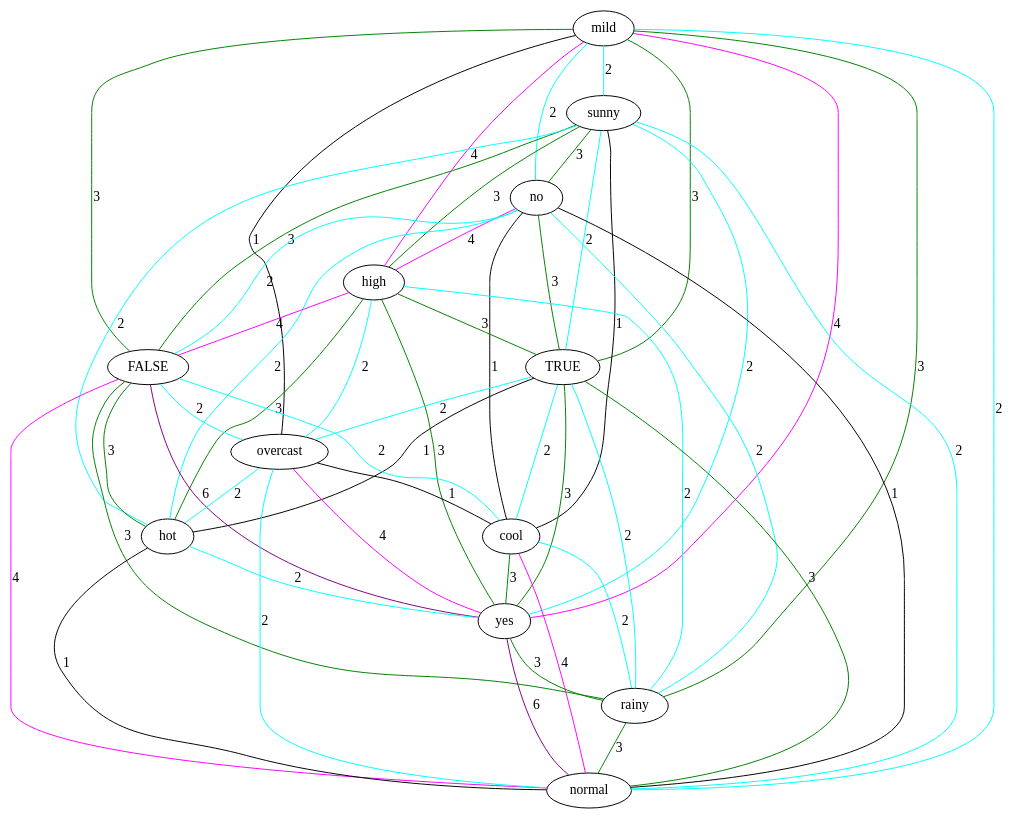
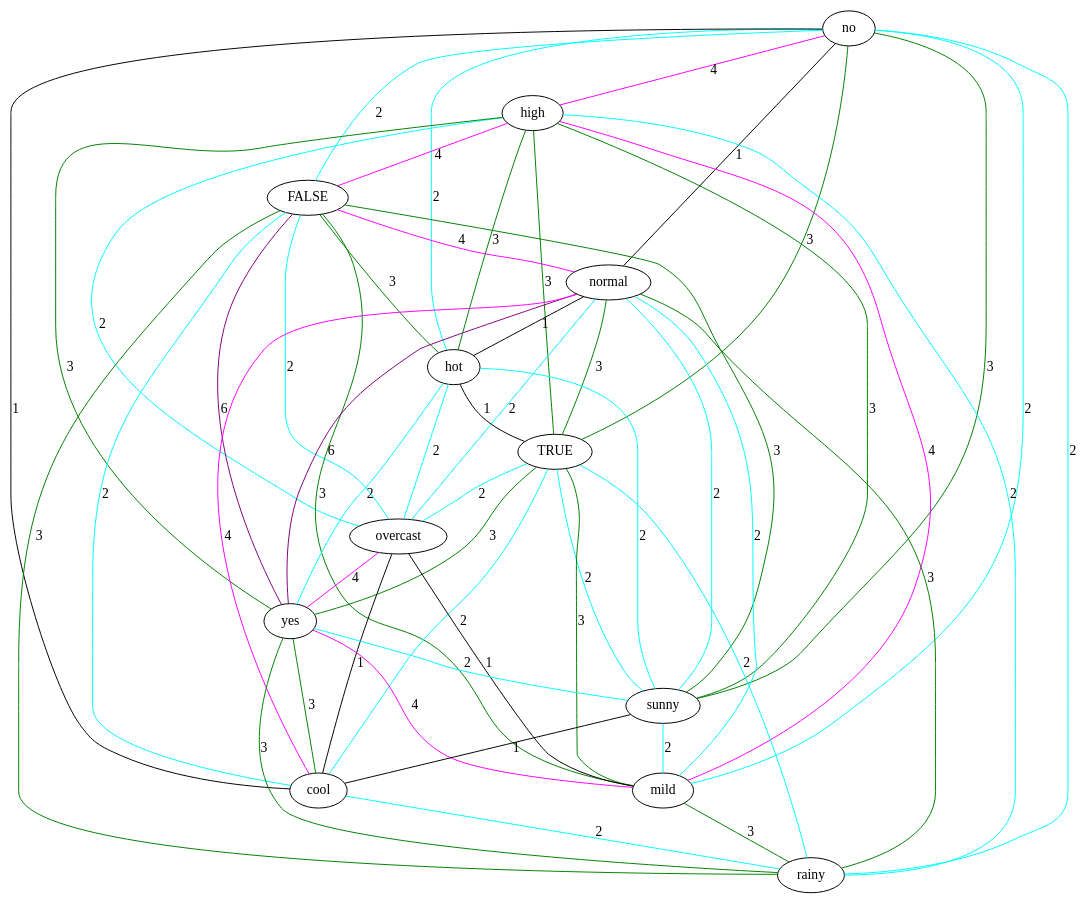
Before and after one commit to lrodrin/TFG: the diagram in src/final/linearGraph.dot, drawn with Graphviz. The commit also changed 3 other files, not shown here.

Commit message:
implementat l'exponential graph

```diff
--- a/src/final/linearGraph.dot
+++ b/src/final/linearGraph.dot
@@ -1,68 +1,68 @@
 strict graph "" {
-mild;
-sunny;
 no;
 high;
+FALSE;
+normal;
+hot;
 TRUE;
-FALSE;
 overcast;
-hot;
+yes;
+sunny;
+mild;
 cool;
-yes;
 rainy;
-normal;
-mild -- FALSE  [color=green, label=3];
-mild -- overcast  [color=black, label=1];
-mild -- sunny  [color=cyan, label=2];
-mild -- no  [color=cyan, label=2];
+no -- TRUE  [color=green, label=3];
+no -- sunny  [color=green, label=3];
+no -- mild  [color=cyan, label=2];
+no -- high  [color=magenta, label=4];
+no -- FALSE  [color=cyan, label=2];
+no -- cool  [color=black, label=1];
+no -- rainy  [color=cyan, label=2];
+no -- hot  [color=cyan, label=2];
+no -- normal  [color=black, label=1];
+high -- TRUE  [color=green, label=3];
+high -- overcast  [color=cyan, label=2];
+high -- FALSE  [color=magenta, label=4];
+high -- yes  [color=green, label=3];
+high -- sunny  [color=green, label=3];
+high -- rainy  [color=cyan, label=2];
+high -- mild  [color=magenta, label=4];
+high -- hot  [color=green, label=3];
+FALSE -- overcast  [color=cyan, label=2];
+FALSE -- yes  [color=purple, label=6];
+FALSE -- sunny  [color=green, label=3];
+FALSE -- mild  [color=green, label=3];
+FALSE -- cool  [color=cyan, label=2];
+FALSE -- rainy  [color=green, label=3];
+FALSE -- hot  [color=green, label=3];
+FALSE -- normal  [color=magenta, label=4];
+normal -- TRUE  [color=green, label=3];
+normal -- overcast  [color=cyan, label=2];
+normal -- yes  [color=purple, label=6];
+normal -- sunny  [color=cyan, label=2];
+normal -- rainy  [color=green, label=3];
+normal -- cool  [color=magenta, label=4];
+normal -- mild  [color=cyan, label=2];
+normal -- hot  [color=black, label=1];
+hot -- TRUE  [color=black, label=1];
+hot -- overcast  [color=cyan, label=2];
+hot -- yes  [color=cyan, label=2];
+hot -- sunny  [color=cyan, label=2];
+TRUE -- overcast  [color=cyan, label=2];
+TRUE -- yes  [color=green, label=3];
+TRUE -- sunny  [color=cyan, label=2];
+TRUE -- mild  [color=green, label=3];
+TRUE -- rainy  [color=cyan, label=2];
+TRUE -- cool  [color=cyan, label=2];
+overcast -- yes  [color=magenta, label=4];
+overcast -- mild  [color=black, label=1];
+overcast -- cool  [color=black, label=1];
+yes -- sunny  [color=cyan, label=2];
+yes -- mild  [color=magenta, label=4];
+yes -- rainy  [color=green, label=3];
+yes -- cool  [color=green, label=3];
+sunny -- cool  [color=black, label=1];
+sunny -- mild  [color=cyan, label=2];
 mild -- rainy  [color=green, label=3];
-mild -- yes  [color=magenta, label=4];
-mild -- high  [color=magenta, label=4];
-mild -- TRUE  [color=green, label=3];
-mild -- normal  [color=cyan, label=2];
-sunny -- FALSE  [color=green, label=3];
-sunny -- hot  [color=cyan, label=2];
-sunny -- TRUE  [color=cyan, label=2];
-sunny -- cool  [color=black, label=1];
-sunny -- high  [color=green, label=3];
-sunny -- yes  [color=cyan, label=2];
-sunny -- no  [color=green, label=3];
-sunny -- normal  [color=cyan, label=2];
-no -- FALSE  [color=cyan, label=2];
-no -- hot  [color=cyan, label=2];
-no -- cool  [color=black, label=1];
-no -- high  [color=magenta, label=4];
-no -- TRUE  [color=green, label=3];
-no -- normal  [color=black, label=1];
-no -- rainy  [color=cyan, label=2];
-high -- FALSE  [color=magenta, label=4];
-high -- overcast  [color=cyan, label=2];
-high -- hot  [color=green, label=3];
-high -- TRUE  [color=green, label=3];
-high -- yes  [color=green, label=3];
-high -- rainy  [color=cyan, label=2];
-TRUE -- hot  [color=black, label=1];
-TRUE -- cool  [color=cyan, label=2];
-TRUE -- yes  [color=green, label=3];
-TRUE -- overcast  [color=cyan, label=2];
-TRUE -- normal  [color=green, label=3];
-TRUE -- rainy  [color=cyan, label=2];
-FALSE -- hot  [color=green, label=3];
-FALSE -- cool  [color=cyan, label=2];
-FALSE -- yes  [color=purple, label=6];
-FALSE -- overcast  [color=cyan, label=2];
-FALSE -- normal  [color=magenta, label=4];
-FALSE -- rainy  [color=green, label=3];
-overcast -- hot  [color=cyan, label=2];
-overcast -- cool  [color=black, label=1];
-overcast -- normal  [color=cyan, label=2];
-overcast -- yes  [color=magenta, label=4];
-hot -- yes  [color=cyan, label=2];
-hot -- normal  [color=black, label=1];
 cool -- rainy  [color=cyan, label=2];
-cool -- yes  [color=green, label=3];
-cool -- normal  [color=magenta, label=4];
-yes -- rainy  [color=green, label=3];
-yes -- normal  [color=purple, label=6];
-rainy -- normal  [color=green, label=3];
 }
```
